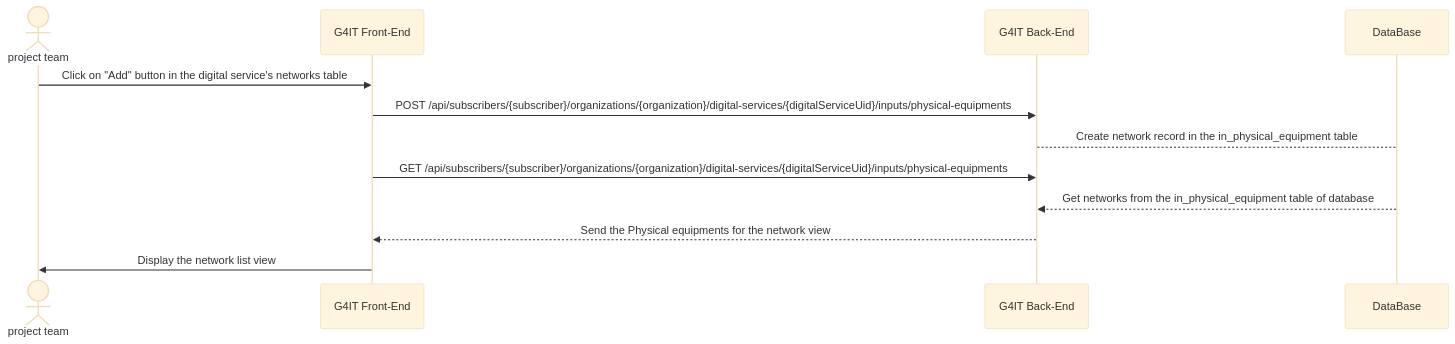
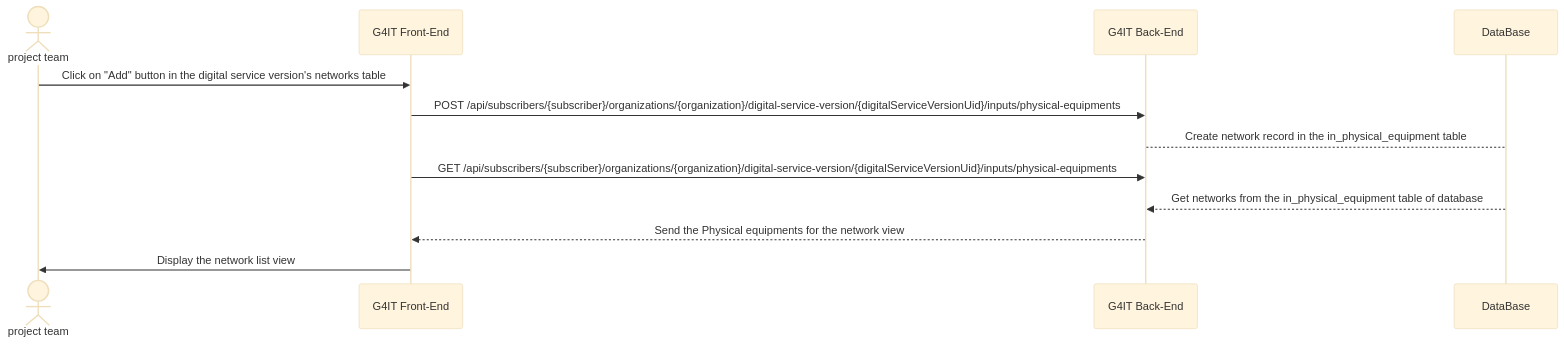
One commit to teamg4it/g4it changed the diagram in services/documentation/content/2-functional-documentation/use_cases/uc_digital_services/uc3_add_visualize_equipments/uc3_add_visualize_network/add_visualize_networks_via_forms.md. Above: the diagram before and after it, drawn with Mermaid (base theme). The commit also changed other lines of this file and 34 other files, not shown here.

```diff
--- a/services/documentation/content/2-functional-documentation/use_cases/uc_digital_services/uc3_add_visualize_equipments/uc3_add_visualize_network/add_visualize_networks_via_forms.md
+++ b/services/documentation/content/2-functional-documentation/use_cases/uc_digital_services/uc3_add_visualize_equipments/uc3_add_visualize_network/add_visualize_networks_via_forms.md
@@ -47,17 +47,17 @@
 {{< mermaid >}}
 sequenceDiagram
 
 actor RND as project team
 participant front as G4IT Front-End
 participant back as G4IT Back-End
 participant DataBase
 
-RND ->> front: Click on "Add" button in the digital service's networks table
-front ->> back: POST /api/subscribers/{subscriber}/organizations/{organization}/digital-services/{digitalServiceUid}/inputs/physical-equipments
+RND ->> front: Click on "Add" button in the digital service version's networks table
+front ->> back: POST /api/subscribers/{subscriber}/organizations/{organization}/digital-service-version/{digitalServiceVersionUid}/inputs/physical-equipments
 back--> DataBase: Create network record in the in_physical_equipment table
-front ->> back: GET /api/subscribers/{subscriber}/organizations/{organization}/digital-services/{digitalServiceUid}/inputs/physical-equipments
+front ->> back: GET /api/subscribers/{subscriber}/organizations/{organization}/digital-service-version/{digitalServiceVersionUid}/inputs/physical-equipments
 DataBase -->> back: Get networks from the in_physical_equipment table of database
 back-->> front: Send the Physical equipments for the network view
 front->> RND : Display the network list view
 
 {{< /mermaid >}}
```
